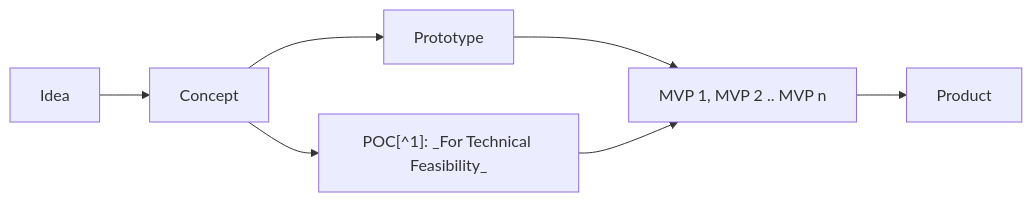
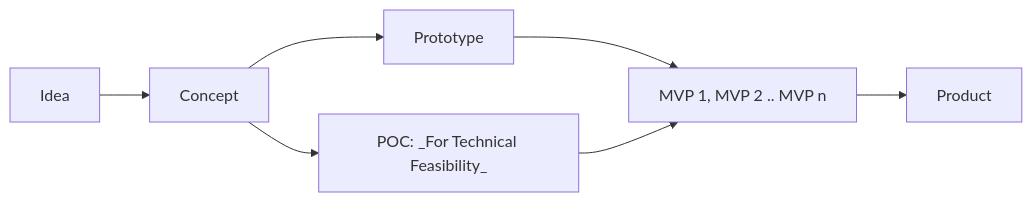
Before and after one commit to knatarasan/knatarasan.github.io: the third of 3 diagrams in _posts/2025-07-03-this-is-prototype-book.md, drawn with Mermaid.

Commit message:
Fixed subscript

```diff
--- a/_posts/2025-07-03-this-is-prototype-book.md
+++ b/_posts/2025-07-03-this-is-prototype-book.md
@@ -92,8 +92,8 @@
 <div class="mermaid">
 flowchart LR
 Idea --> C[Concept]
 C --> PT[Prototype]
-C --> POC["POC[^1]": _For Technical Feasibility_]
+C --> POC[POC: _For Technical Feasibility_]
 PT --> MVP[MVP 1, MVP 2 .. MVP n]
 POC --> MVP --> Product
 </div>
```
